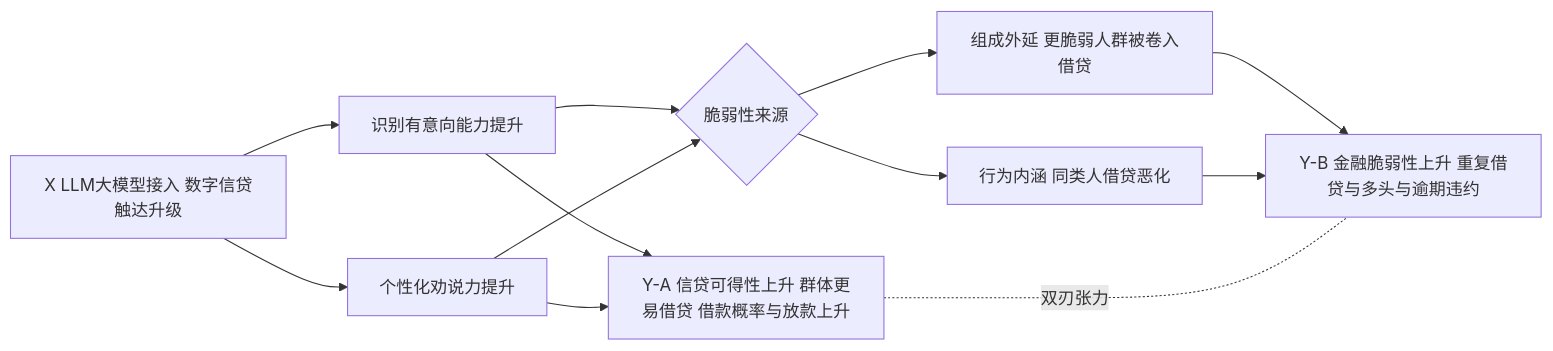
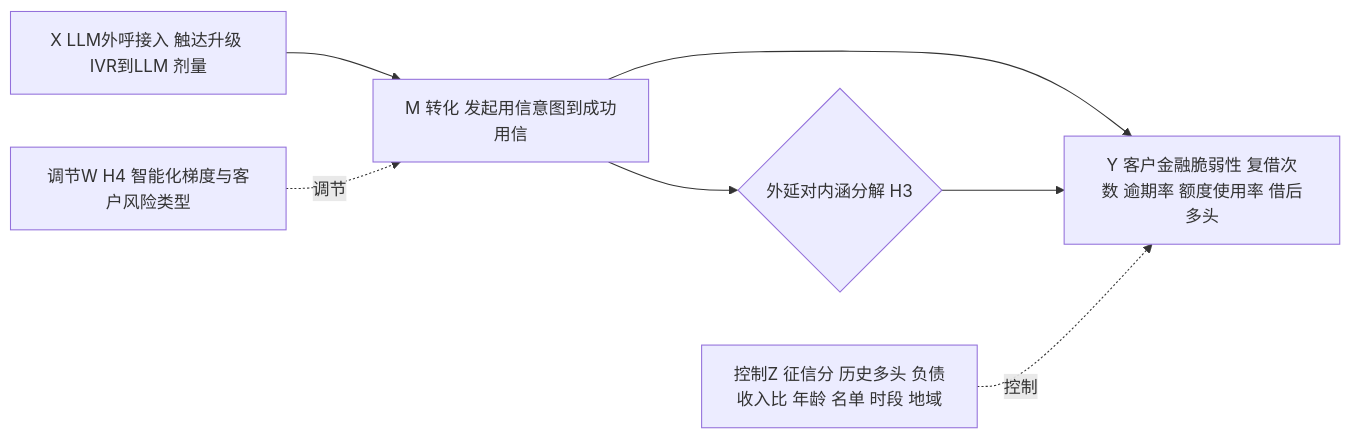
The third of 8 diagrams in 开题报告_LLM消费信贷_设计稿.md (qliu2318/claude), drawn with Mermaid before and after one commit. The commit also changed other lines of this file and 2 other files, not shown here.

````diff
--- a/开题报告_LLM消费信贷_设计稿.md
+++ b/开题报告_LLM消费信贷_设计稿.md
@@ -344,14 +349,9 @@
 ```mermaid
 flowchart LR
-  X[X LLM大模型接入 数字信贷触达升级] --> M1[识别有意向能力提升]
-  X --> M2[个性化劝说力提升]
-  M1 --> YA[Y-A 信贷可得性上升 群体更易借贷 借款概率与放款上升]
-  M2 --> YA
-  M1 --> DEC{脆弱性来源}
-  M2 --> DEC
-  DEC --> C1[组成外延 更脆弱人群被卷入借贷]
-  DEC --> C2[行为内涵 同类人借贷恶化]
-  C1 --> YB[Y-B 金融脆弱性上升 重复借贷与多头与逾期违约]
-  C2 --> YB
-  YA -.双刃张力.- YB
+  X[X LLM外呼接入 触达升级 IVR到LLM 剂量] --> M[M 转化 发起用信意图到成功用信]
+  M --> Y[Y 客户金融脆弱性 复借次数 逾期率 额度使用率 借后多头]
+  W[调节W H4 智能化梯度与客户风险类型] -.调节.-> M
+  M --> DEC{外延对内涵分解 H3}
+  DEC --> Y
+  Z[控制Z 征信分 历史多头 负债收入比 年龄 名单 时段 地域] -.控制.-> Y
 ```
````
